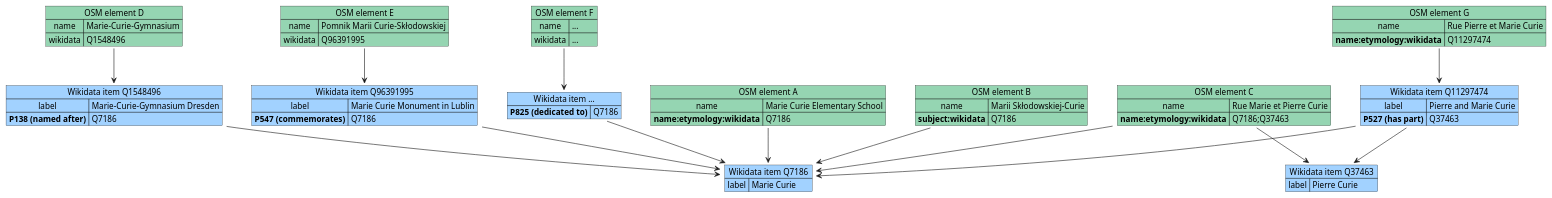
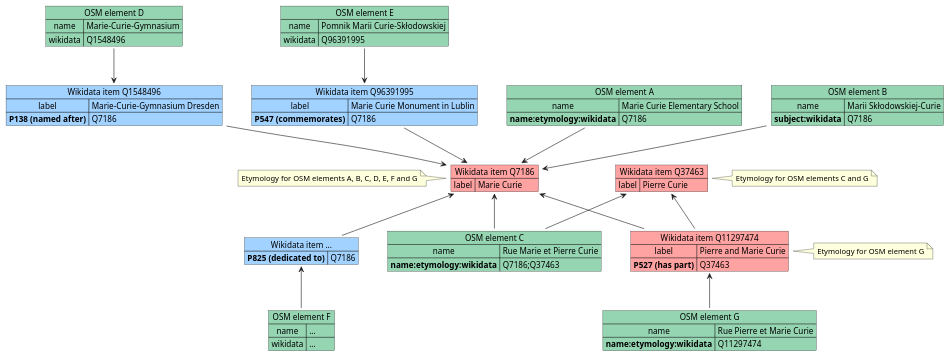
One commit to Danysan1/osm-wikidata-map-framework changed the first of 3 diagrams in CONTRIBUTING.md. Above: the diagram before and after it, drawn with PlantUML. The commit also changed other lines of this file, not shown here.

````diff
--- a/CONTRIBUTING.md
+++ b/CONTRIBUTING.md
@@ -42,73 +42,79 @@
 ```plantuml
 @startuml
-map "Wikidata item Q7186" as wikia #a2d2ff {
+
+map "Wikidata item Q7186" as wikia #ffa2a2 {
   label => Marie Curie
 }
-map "Wikidata item Q37463" as wikib #a2d2ff {
+map "Wikidata item Q37463" as wikib #ffa2a2 {
   label => Pierre Curie
 }
-map "Wikidata item Q11297474" as wikic #a2d2ff {
+map "Wikidata item Q11297474" as wikic #ffa2a2 {
   label => Pierre and Marie Curie
   **P527 (has part)** => Q7186
   **P527 (has part)** => Q37463
 }
 
 map "Wikidata item Q1548496" as wikid #a2d2ff {
   label => Marie-Curie-Gymnasium Dresden
   **P138 (named after)** => Q7186
 }
 map "Wikidata item Q96391995" as wikie #a2d2ff {
   label => Marie Curie Monument in Lublin
   **P547 (commemorates)** => Q7186
 }
 map "Wikidata item ..." as wikif #a2d2ff {
   **P825 (dedicated to)** => Q7186
 }
 
 map "OSM element A" as osma #95d5b2 {
   name => Marie Curie Elementary School
   **name:etymology:wikidata** => Q7186
 }
 map "OSM element B" as osmb #95d5b2 {
   name => Marii Skłodowskiej-Curie
   **subject:wikidata** => Q7186
 }
 map "OSM element C" as osmc #95d5b2 {
   name => Rue Marie et Pierre Curie
   **name:etymology:wikidata** => Q7186;Q37463
 }
 map "OSM element D" as osmd #95d5b2 {
   name => Marie-Curie-Gymnasium
   wikidata => Q1548496
 }
 map "OSM element E" as osme #95d5b2 {
   name => Pomnik Marii Curie-Skłodowskiej
   wikidata => Q96391995
 }
 map "OSM element F" as osmf #95d5b2 {
   name => ...
   wikidata => ...
 }
 map "OSM element G" as osmg #95d5b2 {
   name => Rue Pierre et Marie Curie
   **name:etymology:wikidata** => Q11297474
 }
 
 osma --> wikia
 osmb --> wikia
-osmc --> wikia
-osmc --> wikib
-osmg --> wikic
+wikia <-- osmc
+wikib <-- osmc
+wikic <-- osmg
 
 osmd --> wikid
 osme --> wikie
-osmf --> wikif
+wikif <-- osmf
 
-wikic --> wikia
-wikic --> wikib
+wikia <-- wikic
+wikib <-- wikic
 wikid --> wikia
 wikie --> wikia
-wikif --> wikia
+wikia <-- wikif
+
+note left of wikia: Etymology for OSM elements A, B, C, D, E, F and G
+note right of wikib: Etymology for OSM elements C and G
+note right of wikic: Etymology for OSM element G
+
 
 @enduml
 ```
````
